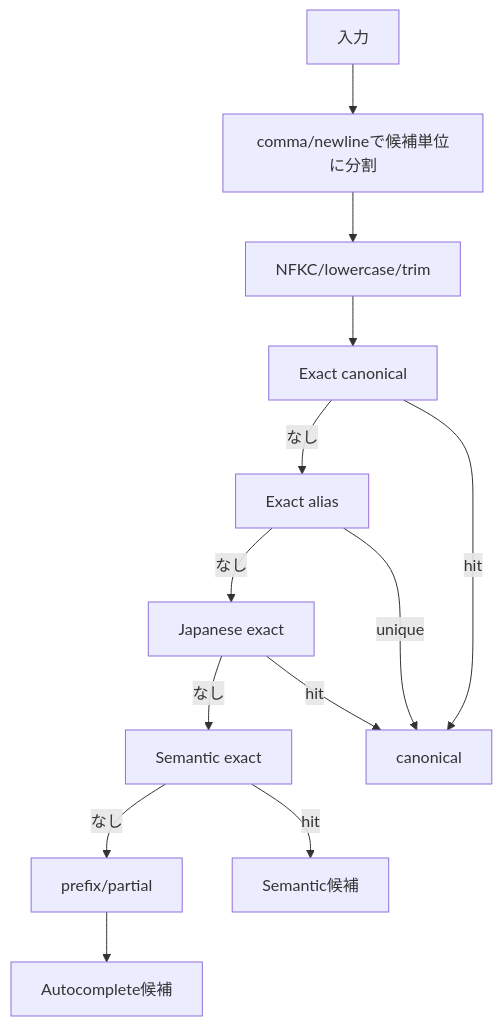
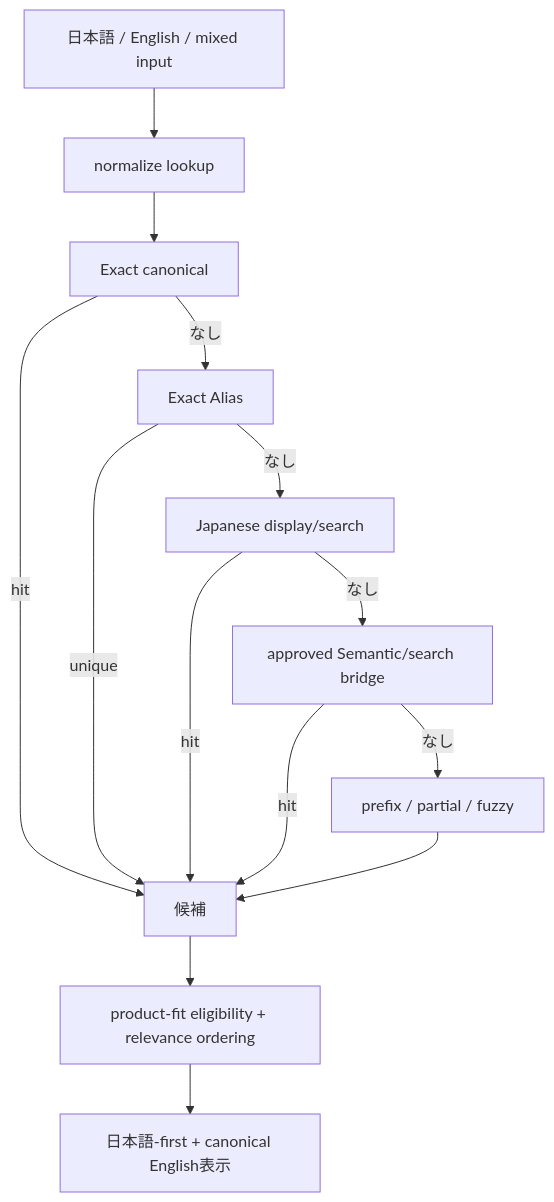
One commit to takasago181/DanbooruTagTool changed the second of 6 diagrams in docs/FLOWCHARTS.md. Above: the diagram before and after it, drawn with Mermaid. The commit also changed other lines of this file, not shown here.

Commit message:
docs: replace legacy flowcharts with current v1 flow

````diff
--- a/docs/FLOWCHARTS.md
+++ b/docs/FLOWCHARTS.md
@@ -51,15 +24,16 @@
 ```mermaid
 flowchart TD
- A[入力] --> B[comma/newlineで候補単位に分割]
- B --> C[NFKC/lowercase/trim]
- C --> D[Exact canonical]
- D -->|なし| E[Exact alias]
- E -->|なし| F[Japanese exact]
- F -->|なし| G[Semantic exact]
- G -->|なし| H[prefix/partial]
- D -->|hit| I[canonical]
- E -->|unique| I
- F -->|hit| I
- G -->|hit| J[Semantic候補]
- H --> K[Autocomplete候補]
+ A[日本語 / English / mixed input] --> B[normalize lookup]
+ B --> C[Exact canonical]
+ C -->|なし| D[Exact Alias]
+ D -->|なし| E[Japanese display/search]
+ E -->|なし| F[approved Semantic/search bridge]
+ F -->|なし| G[prefix / partial / fuzzy]
+ C -->|hit| H[候補]
+ D -->|unique| H
+ E -->|hit| H
+ F -->|hit| H
+ G --> H
+ H --> I[product-fit eligibility + relevance ordering]
+ I --> J[日本語-first + canonical English表示]
 ```
````
